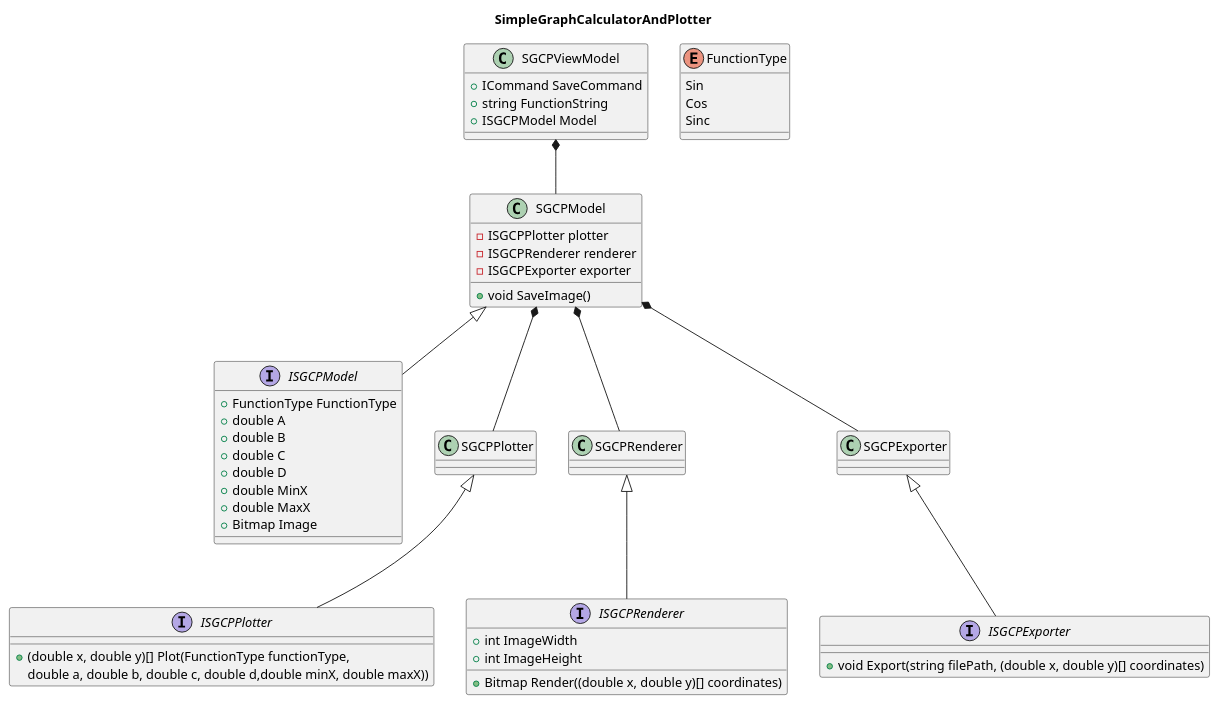
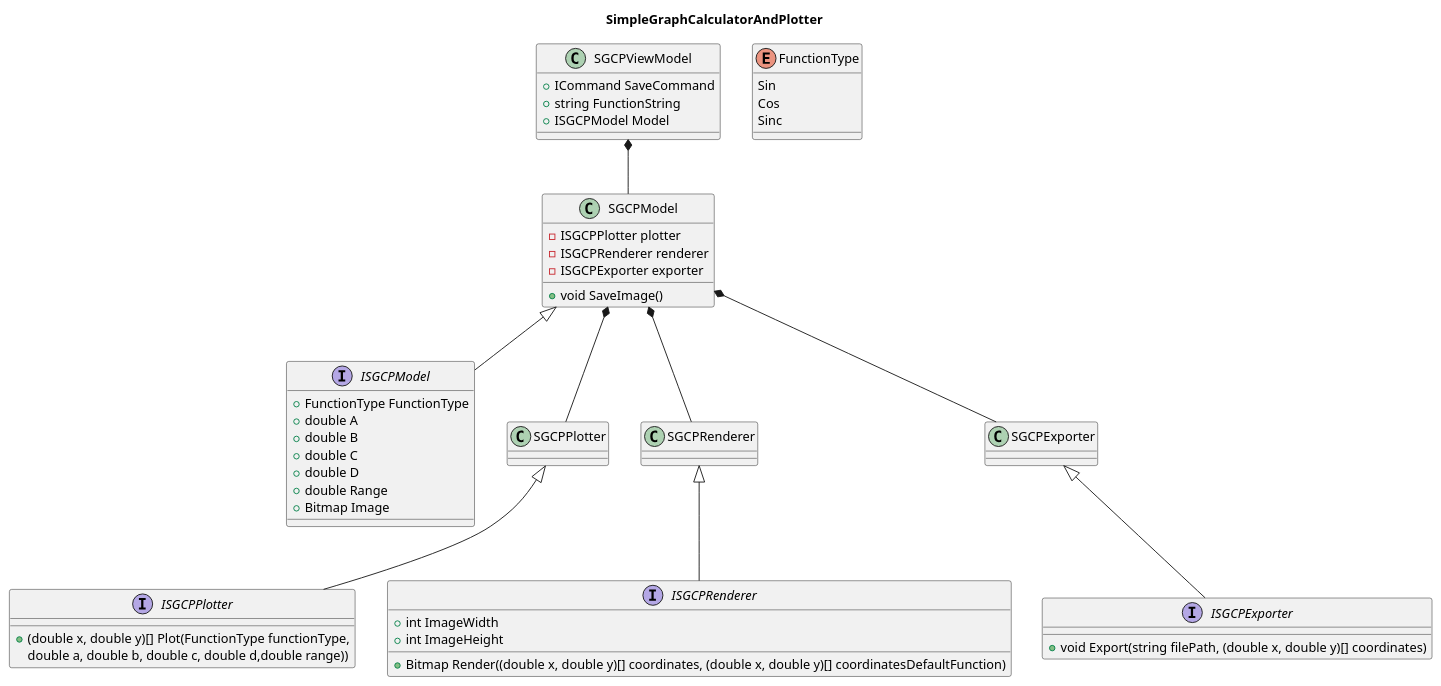
One commit to Feldruebe/SimpleGraphCalculatorAndPlotter changed the diagram in SimpleGraphCalculatorAndPlotter/Analysis/Classes.puml. Above: the diagram before and after it, drawn with PlantUML. The commit also changed 20 other files, not shown here.

Commit message:
Save and load parameters. Removed min and max of range because a single value is enough. Adjusted analysis accordingly.

```diff
--- a/SimpleGraphCalculatorAndPlotter/Analysis/Classes.puml
+++ b/SimpleGraphCalculatorAndPlotter/Analysis/Classes.puml
@@ -1,73 +1,72 @@
 @startuml
 'https://plantuml.com/de/class-diagram
 
 title SimpleGraphCalculatorAndPlotter
 
 interface ISGCPModel
 interface ISGCPPlotter
 interface ISGCPRenderer
 interface ISGCPExporter
 
 SGCPModel <|-- ISGCPModel
 SGCPPlotter <|-- ISGCPPlotter
 SGCPRenderer <|-- ISGCPRenderer
 SGCPExporter <|-- ISGCPExporter
 
 SGCPViewModel *-- SGCPModel
 SGCPModel *-- SGCPPlotter
 SGCPModel *-- SGCPRenderer
 SGCPModel *-- SGCPExporter
 
 enum FunctionType 
 {
     Sin
     Cos
     Sinc
 }
 
 class SGCPViewModel
 {
     +ICommand SaveCommand
     +string FunctionString
     +ISGCPModel Model
 }
 
 class SGCPModel
 {
     +void SaveImage()
     -ISGCPPlotter plotter
     -ISGCPRenderer renderer
     -ISGCPExporter exporter
 }
 
 interface ISGCPModel
 {
     +FunctionType FunctionType
     +double A
     +double B
     +double C
     +double D
-    +double MinX
-    +double MaxX
+    +double Range    
     +Bitmap Image
 }
 
 interface ISGCPPlotter
 {
     +(double x, double y)[] Plot(FunctionType functionType, 
-    double a, double b, double c, double d,double minX, double maxX))
+    double a, double b, double c, double d,double range))
 }
 
 interface ISGCPRenderer
 {
     +int ImageWidth
     +int ImageHeight
-    +Bitmap Render((double x, double y)[] coordinates)
+    +Bitmap Render((double x, double y)[] coordinates, (double x, double y)[] coordinatesDefaultFunction)
 }
 
 interface ISGCPExporter
 {
     +void Export(string filePath, (double x, double y)[] coordinates)
 }
 
 @enduml
```
